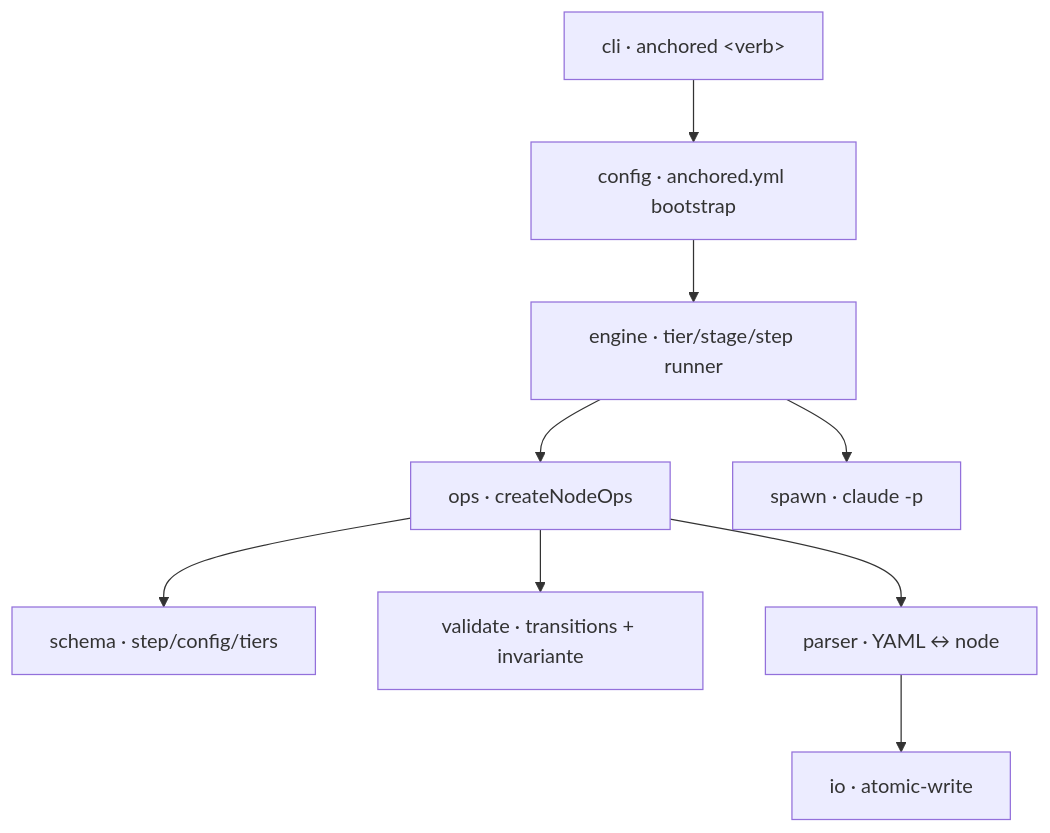
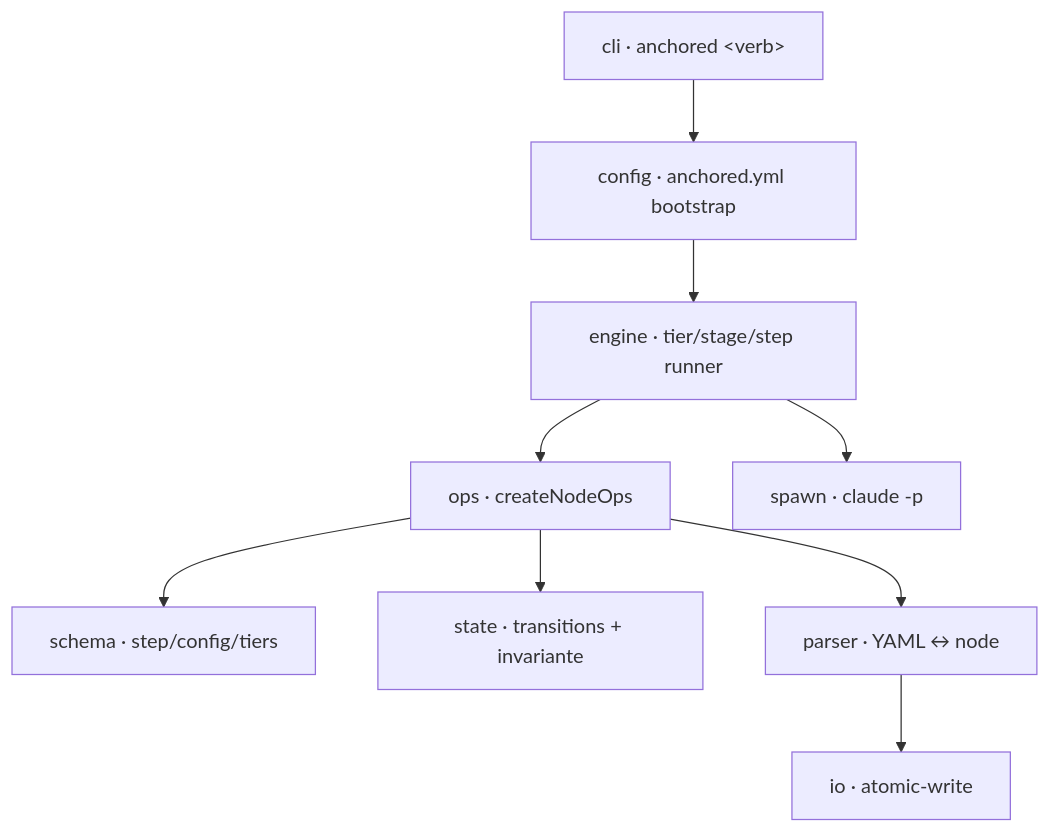
Before and after one commit to chafoo/anchored: the diagram in docs/core/_core.md, drawn with Mermaid. The commit also changed other lines of this file and 151 other files, not shown here.

````diff
--- a/docs/core/_core.md
+++ b/docs/core/_core.md
@@ -10,11 +10,11 @@
 ```mermaid
 flowchart TB
     cli["cli · anchored &lt;verb&gt;"] --> config["config · anchored.yml bootstrap"]
     config --> engine["engine · tier/stage/step runner"]
     engine --> ops["ops · createNodeOps"]
     engine --> spawn["spawn · claude -p"]
     ops --> schema["schema · step/config/tiers"]
-    ops --> validate["validate · transitions + invariante"]
+    ops --> state["state · transitions + invariante"]
     ops --> parser["parser · YAML ↔ node"]
     parser --> io["io · atomic-write"]
 ```
````
